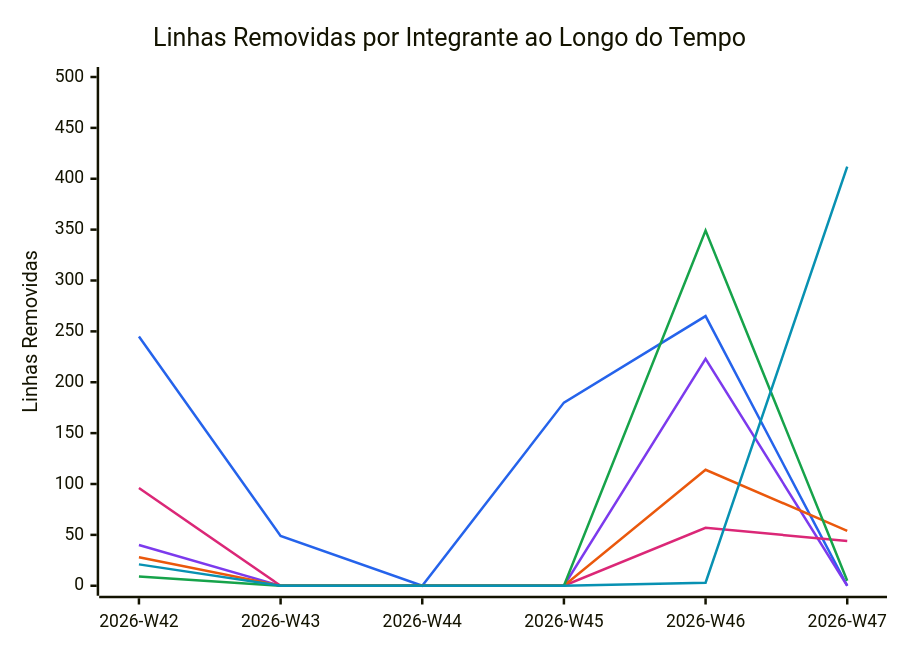
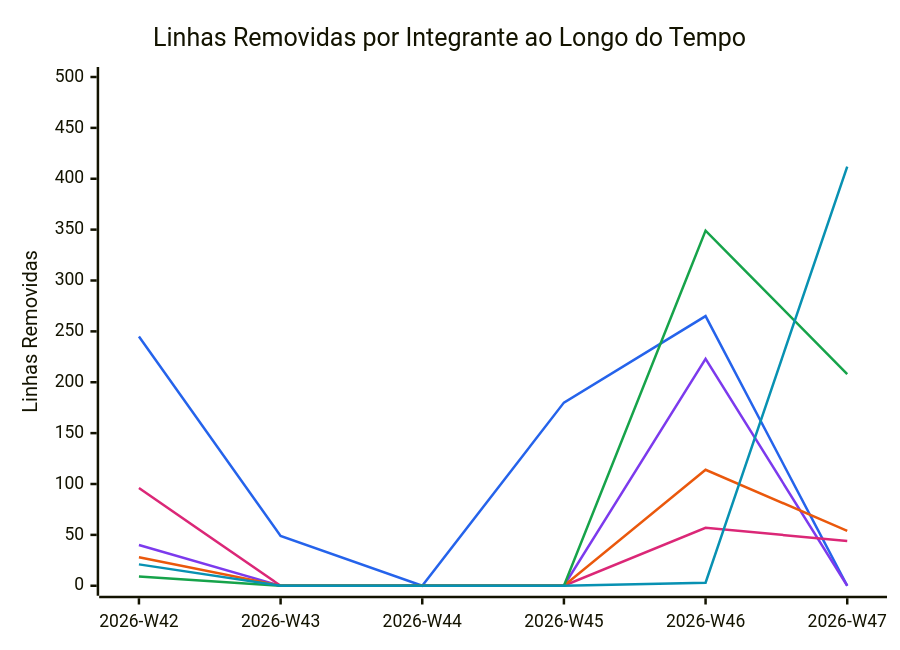
One commit to FCTE-Qualidade-de-Software-1/2026-2_T02_KAY_MCNULTY changed the diagram in snippets/code-deletions.mmd. Above: the diagram before and after it, drawn with Mermaid. The commit also changed 5 other files, not shown here.

```diff
--- a/snippets/code-deletions.mmd
+++ b/snippets/code-deletions.mmd
@@ -1,11 +1,11 @@
 %%{init: {"themeVariables": {"xyChart": {"plotColorPalette": "#2563eb, #7c3aed, #db2777, #ea580c, #16a34a, #0891b2"}}}}%%
 xychart-beta
     title "Linhas Removidas por Integrante ao Longo do Tempo"
     x-axis ["2026-W42", "2026-W43", "2026-W44", "2026-W45", "2026-W46", "2026-W47"]
     y-axis "Linhas Removidas" 0 --> 500
     line [245, 49, 0, 180, 265, 0]
     line [40, 0, 0, 0, 223, 0]
     line [96, 0, 0, 0, 57, 44]
     line [28, 0, 0, 0, 114, 54]
-    line [9, 0, 0, 0, 349, 5]
+    line [9, 0, 0, 0, 349, 208]
     line [21, 0, 0, 0, 3, 412]
```
